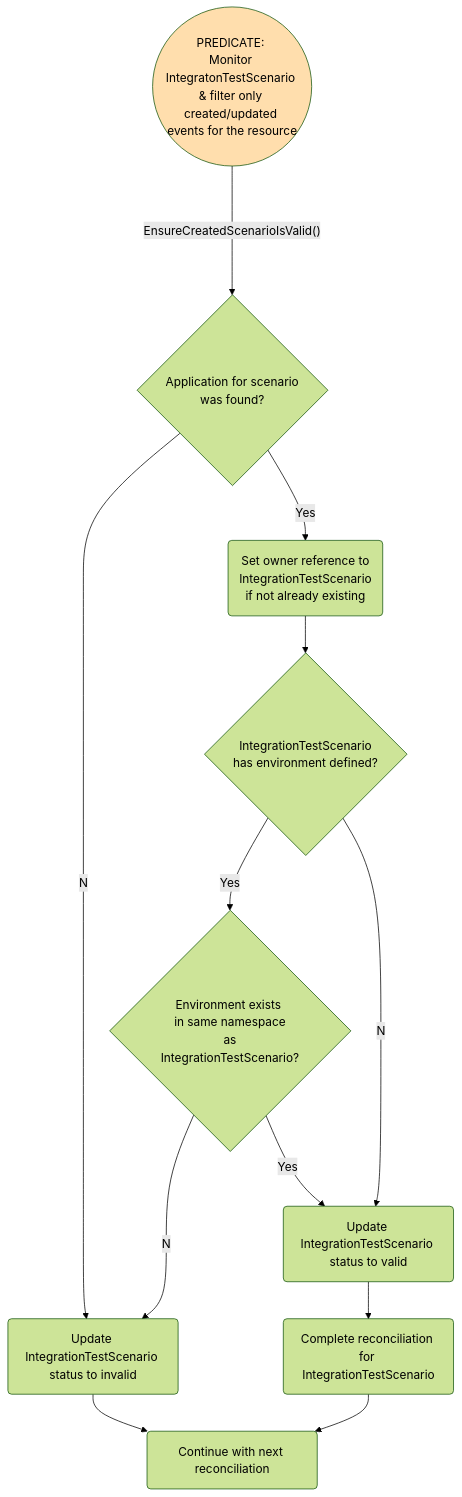
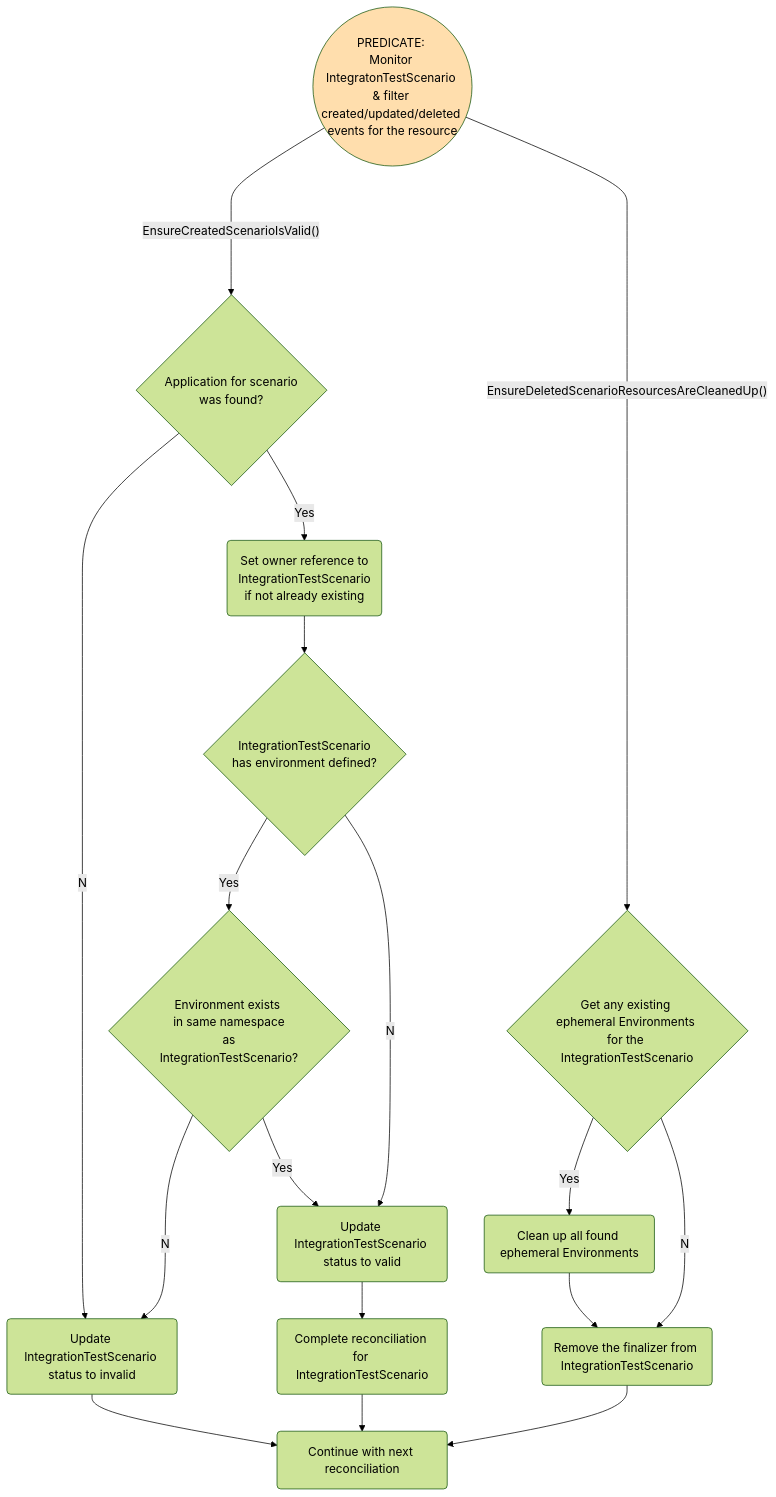
The diagram in docs/scenario-controller.md (konflux-ci/integration-service), drawn with Mermaid before and after one commit. The commit also changed 12 other files, not shown here.

First line of the commit message:
fix(STONEINTG-737): cleanup related resources after ITS is deleted

````diff
--- a/docs/scenario-controller.md
+++ b/docs/scenario-controller.md
@@ -3,41 +3,51 @@
 ```mermaid
 
 %%{init: {'theme':'forest'}}%%
 flowchart TD
   %% Defining the styles
   classDef Red fill:#FF9999;
   classDef Amber fill:#FFDEAD;
   classDef Green fill:#BDFFA4;
 
-  predicate((PREDICATE: <br>Monitor IntegratonTestScenario <br>& filter only created/updated <br>events for the resource ))
+  predicate((PREDICATE: <br>Monitor IntegratonTestScenario <br>& filter created/updated/deleted <br>events for the resource ))
   %%%%%%%%%%%%%%%%%%%%%%% Drawing EnsureCreatedScenarioIsValid() function
 
   %% Node definitions
   
   application_exists{"Application for scenario <br>was found?"}
   set_owner_reference(Set owner reference to <br>IntegrationTestScenario <br> if not already existing)
   environment_defined{"IntegrationTestScenario <br>has environment defined?"}
   environment_exists{"Environment exists <br> in same namespace <br> as IntegrationTestScenario?"}
   update_scenario_status_valid(Update IntegrationTestScenario <br>status to valid)
   update_scenario_status_invalid(Update IntegrationTestScenario <br>status to invalid)
+  get_any_environments_for_scenario{Get any existing ephemeral Environments for the <br>IntegrationTestScenario}
+  cleanup_all_found_environments(Clean up all found ephemeral Environments)
+  remove_finalizer(Remove the finalizer from IntegrationTestScenario)
   complete_reconciliation(Complete reconciliation for <br>IntegrationTestScenario)
   continue_reconciliation(Continue with next reconciliation)
 
 
   %% Node connections
   predicate                        ---->    |"EnsureCreatedScenarioIsValid()"| application_exists
   application_exists               --No-->  update_scenario_status_invalid
   application_exists               --Yes--> set_owner_reference
   set_owner_reference              -->      environment_defined
   environment_defined              --Yes--> environment_exists
   environment_defined              --No-->  update_scenario_status_valid
   environment_exists               --No-->  update_scenario_status_invalid
   environment_exists               --Yes--> update_scenario_status_valid
   update_scenario_status_valid     -->      complete_reconciliation
   complete_reconciliation          -->      continue_reconciliation
   update_scenario_status_invalid   -->      continue_reconciliation
 
+%% Node connections
+predicate                          -->      |"EnsureDeletedScenarioResourcesAreCleanedUp()"| get_any_environments_for_scenario
+get_any_environments_for_scenario  --Yes--> cleanup_all_found_environments
+get_any_environments_for_scenario  --No-->  remove_finalizer
+cleanup_all_found_environments     -->      remove_finalizer
+remove_finalizer                   -->      continue_reconciliation
+
    %% Assigning styles to nodes
   class predicate Amber;
 
   ```
````
